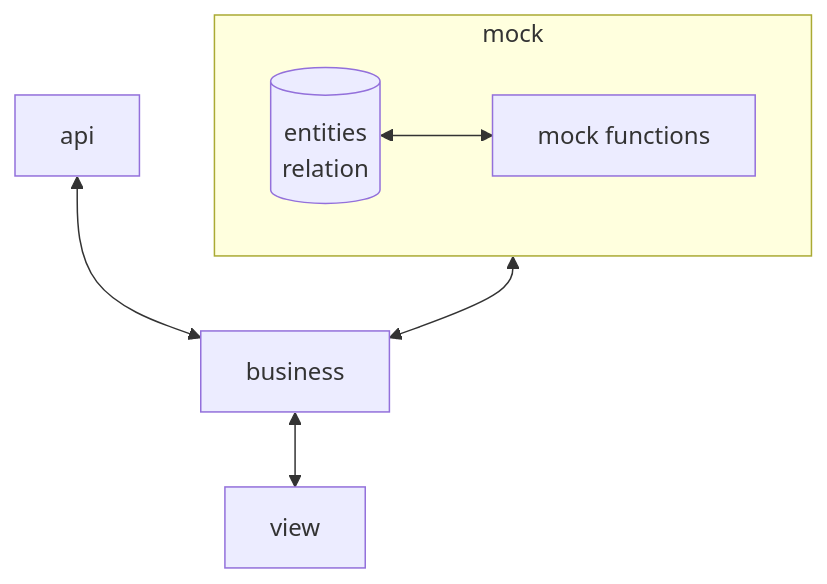
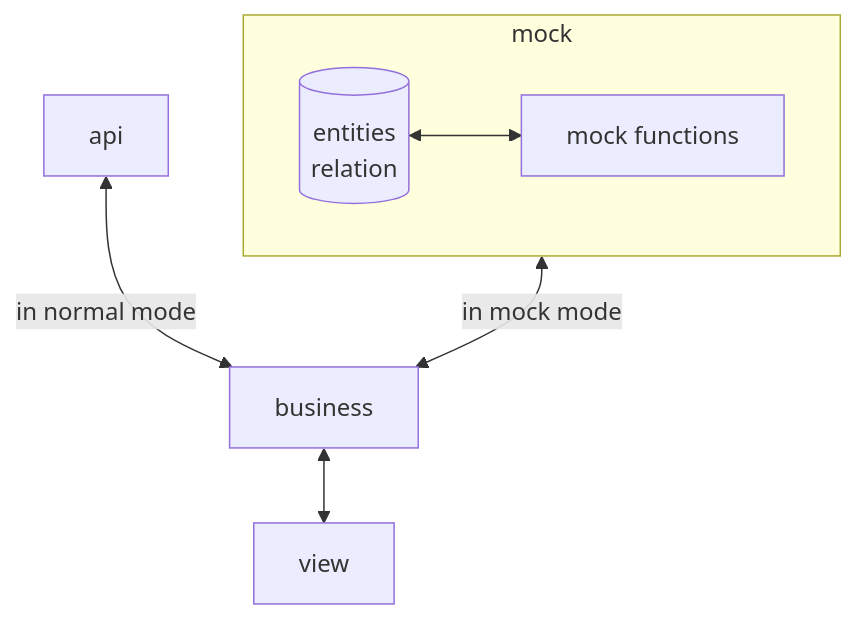
One commit to niuiic/vue-fusion changed the second of 2 diagrams in README.md. Above: the diagram before and after it, drawn with Mermaid.

````diff
--- a/README.md
+++ b/README.md
@@ -144,15 +144,15 @@
 ```mermaid
 flowchart TB
     view
     business
     subgraph mock
         direction LR
         db[(entities \n relation)]
         fn[mock functions]
         db <--> fn
     end
     api
     business <--> view
-    mock <--> business
-    api <--> business
+    mock <-- in mock mode --> business
+    api <-- in normal mode --> business
 ```
````
